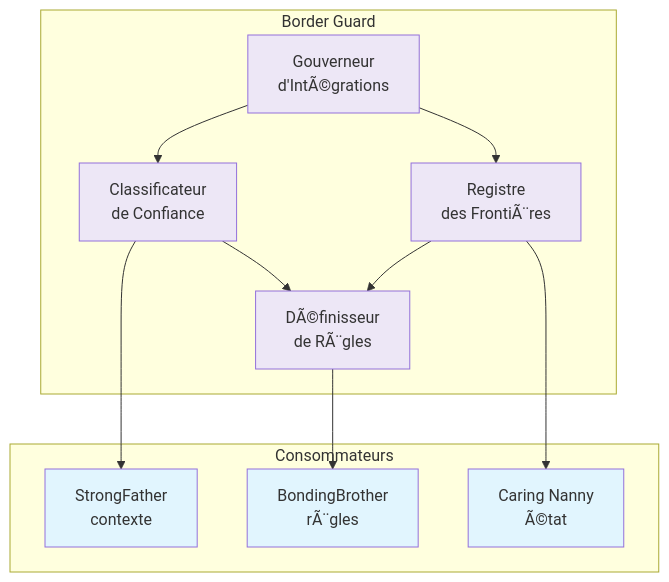
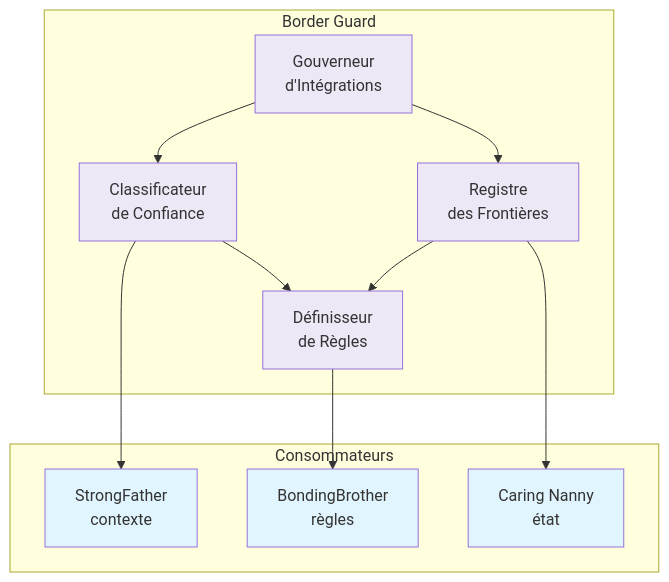
Before and after one commit to StudioMiyukini/miyukini_cog: the first of 5 diagrams in docs/cores/BorderGuard/architecture/Border Guard - Architecture & Flows.md, drawn with Mermaid. The commit also changed other lines of this file and 564 other files, not shown here.

````diff
--- a/docs/cores/BorderGuard/architecture/Border Guard - Architecture & Flows.md
+++ b/docs/cores/BorderGuard/architecture/Border Guard - Architecture & Flows.md
@@ -34,28 +34,28 @@
 ```mermaid
 graph TB
     subgraph BorderGuard[Border Guard]
-        REG[Registre<br/>des FrontiÃ¨res]
+        REG[Registre<br/>des Frontières]
         CLASS[Classificateur<br/>de Confiance]
-        RULES[DÃ©finisseur<br/>de RÃ¨gles]
-        INTEG[Gouverneur<br/>d'IntÃ©grations]
+        RULES[Définisseur<br/>de Règles]
+        INTEG[Gouverneur<br/>d'Intégrations]
     end
 
     subgraph Consommateurs
         SF[StrongFather<br/>contexte]
-        BB[BondingBrother<br/>rÃ¨gles]
-        CN[Caring Nanny<br/>Ã©tat]
+        BB[BondingBrother<br/>règles]
+        CN[Caring Nanny<br/>état]
     end
 
     REG --> RULES
     CLASS --> RULES
     RULES --> BB
     CLASS --> SF
     REG --> CN
     INTEG --> CLASS
     INTEG --> REG
 
     classDef core fill:#ede7f6
     classDef consumer fill:#e1f5fe
     class REG,CLASS,RULES,INTEG core
     class SF,BB,CN consumer
 ```
````
